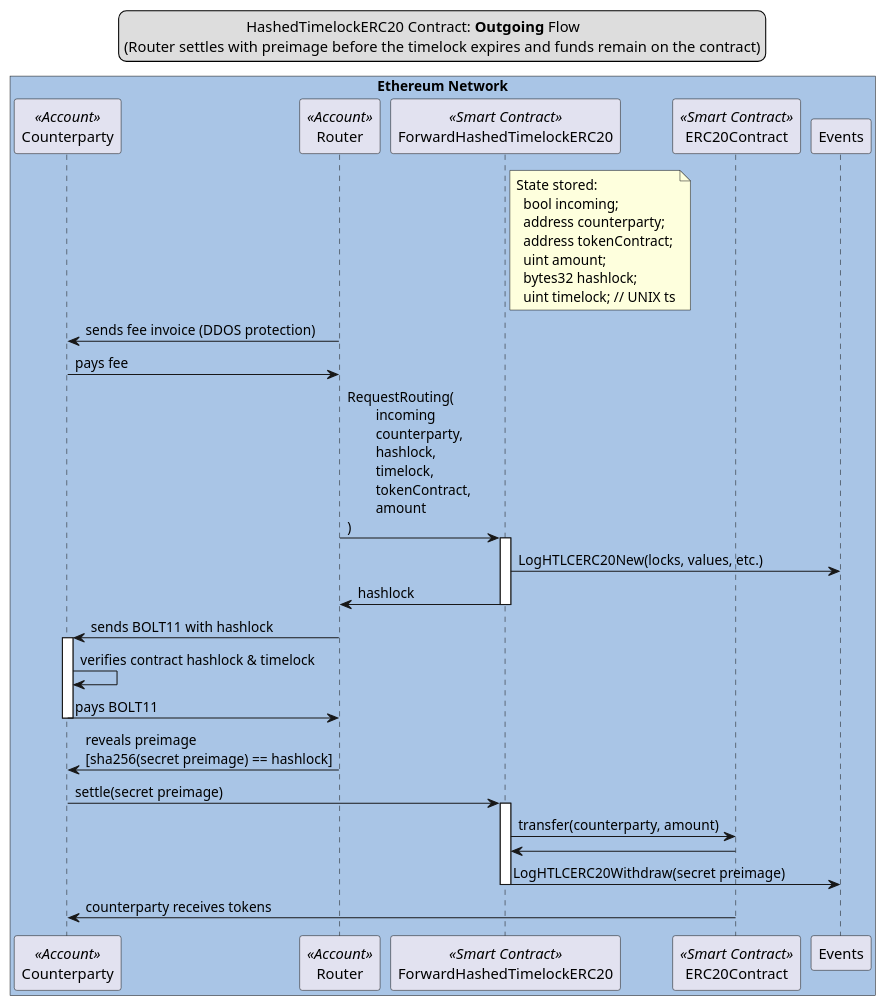
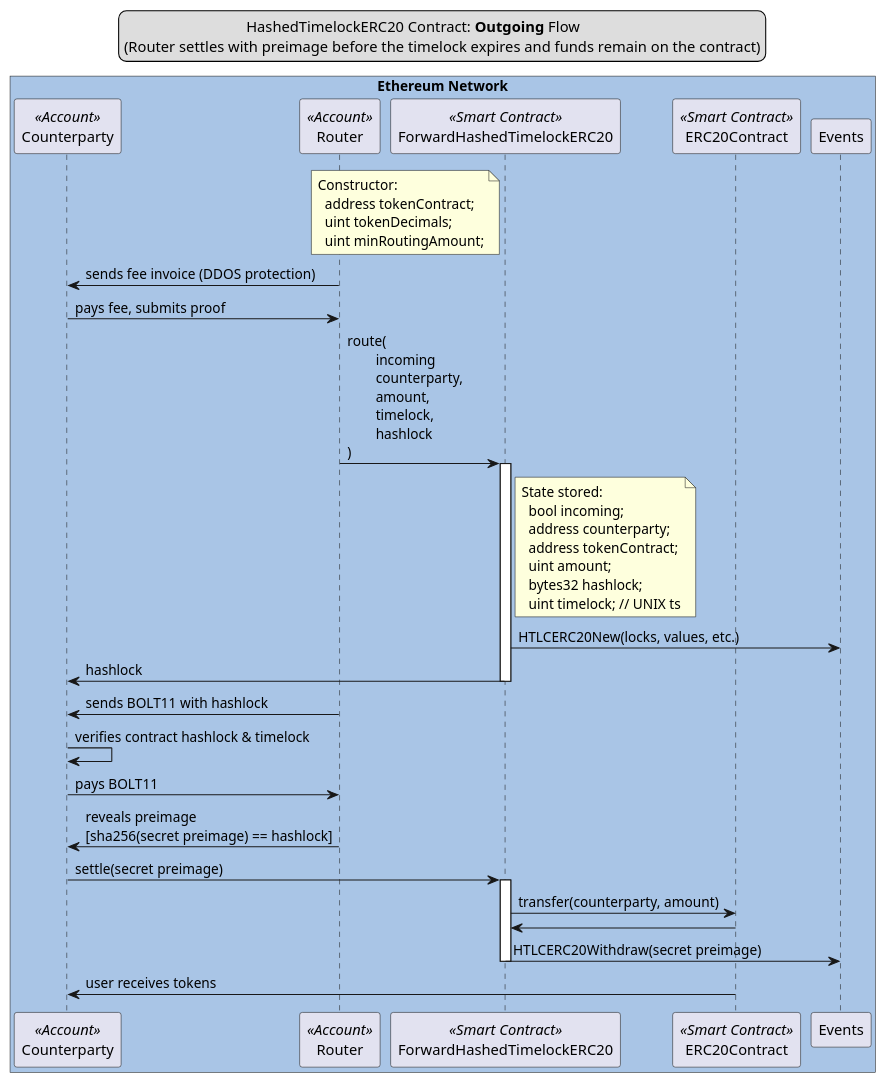
One commit to SatsBridge/awesome-htlc changed the diagram in docs/sequence-diagram-htlc-outgoing-success.plantuml. Above: the diagram before and after it, drawn with PlantUML. The commit also changed 7 other files, not shown here.

```diff
--- a/docs/sequence-diagram-htlc-outgoing-success.plantuml
+++ b/docs/sequence-diagram-htlc-outgoing-success.plantuml
@@ -1,55 +1,60 @@
 @startuml
 skinparam BoxPadding 20
 
 legend top
 \t\t\t\tHashedTimelockERC20 Contract: **Outgoing** Flow
 (Router settles with preimage before the timelock expires and funds remain on the contract)
 end legend
 
 box "Ethereum Network" #A9C5E6
 participant Counterparty as counterparty << Account >>
 participant Router as router << Account >>
 participant ForwardHashedTimelockERC20 as htlc << Smart Contract >>
 participant ERC20Contract as token << Smart Contract >>
 participant Events as events
 end box
 
+note left of htlc
+Constructor:
+  address tokenContract;
+  uint tokenDecimals;
+  uint minRoutingAmount;
+end note
+
+router->counterparty:sends fee invoice (DDOS protection)
+counterparty->router:pays fee, submits proof
+
+router->htlc:route(\n\tincoming\n\tcounterparty,\n\tamount,\n\ttimelock,\n\thashlock\n)
+
 note right of htlc
 State stored:
   bool incoming;
   address counterparty;
   address tokenContract;
   uint amount;
   bytes32 hashlock;
   uint timelock; // UNIX ts
 end note
 
-router->counterparty:sends fee invoice (DDOS protection)
-counterparty->router:pays fee
-
-router->htlc:RequestRouting(\n\tincoming\n\tcounterparty,\n\thashlock,\n\ttimelock,\n\ttokenContract,\n\tamount\n)
-
 activate htlc
-  htlc->events:LogHTLCERC20New(locks, values, etc.)
-  htlc->router:hashlock
+  htlc->events:HTLCERC20New(locks, values, etc.)
+  htlc->counterparty:hashlock
 deactivate htlc
 
 router->counterparty:sends BOLT11 with hashlock
 
-activate counterparty
-  counterparty->counterparty:verifies contract hashlock & timelock
-  counterparty->router:pays BOLT11
-deactivate counterparty
+counterparty->counterparty:verifies contract hashlock & timelock
+counterparty->router:pays BOLT11
 
 router->counterparty:reveals preimage\n[sha256(secret preimage) == hashlock]
 
 counterparty->htlc:settle(secret preimage)
+
 activate htlc
   htlc->token:transfer(counterparty, amount)
   token->htlc
-  htlc->events:LogHTLCERC20Withdraw(secret preimage)
+  htlc->events:HTLCERC20Withdraw(secret preimage)
 deactivate htlc
 
-token->counterparty:counterparty receives tokens
-
+token->counterparty:user receives tokens
 @enduml
```
